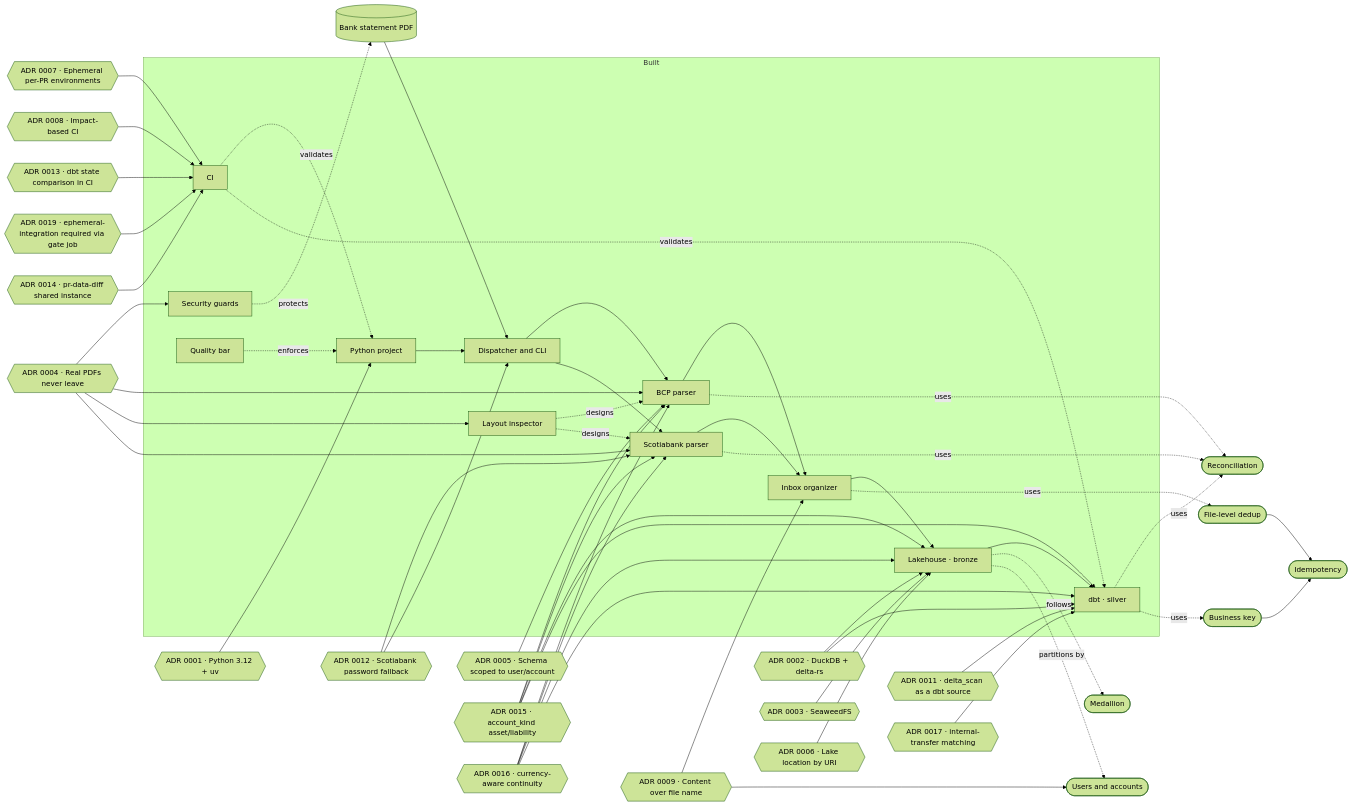
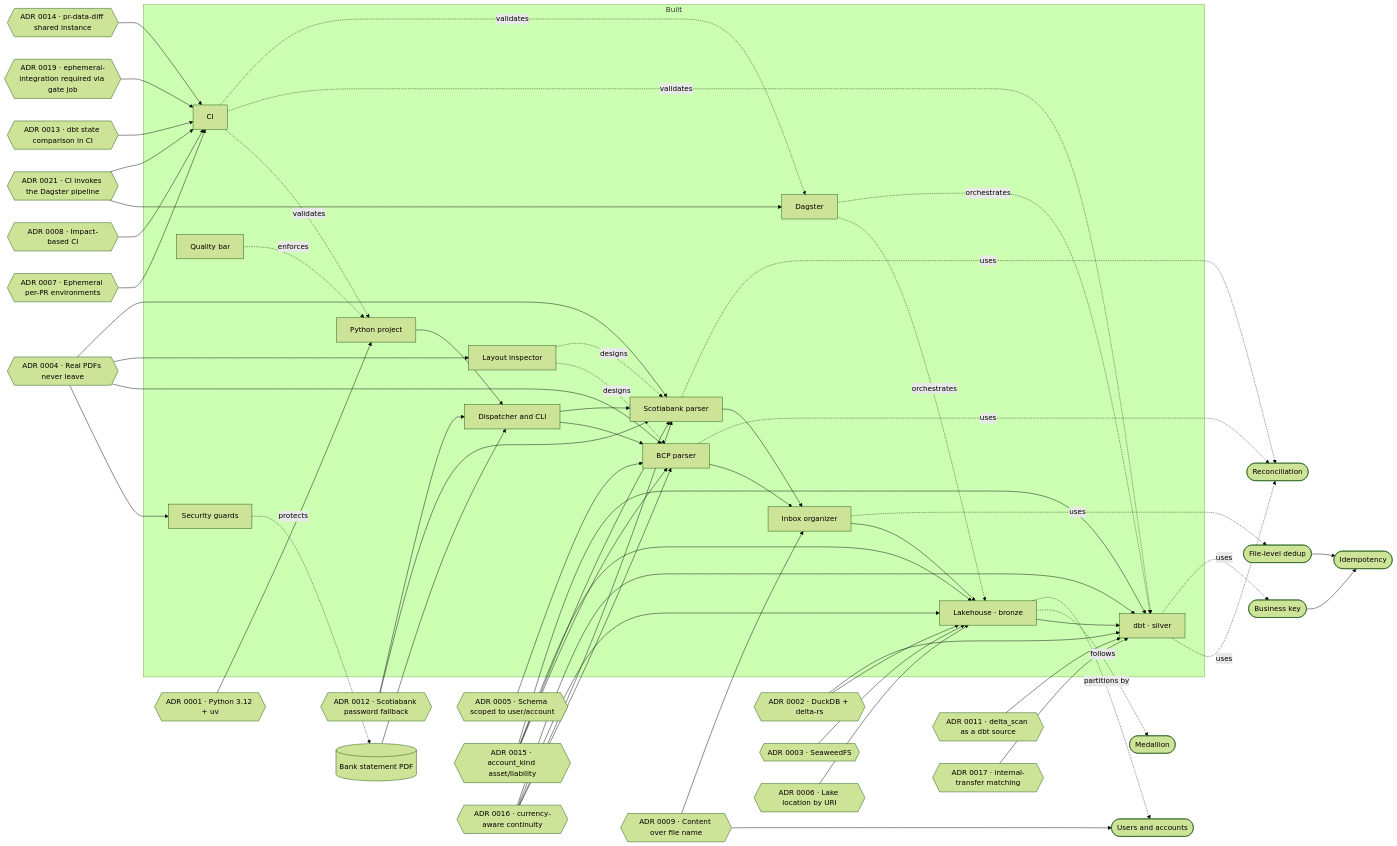
The diagram in brain/README.md (PieroRios2000/personal-finance-platform), drawn with Mermaid (forest theme) before and after one commit. The commit also changed other lines of this file and 7 other files, not shown here.

````diff
--- a/brain/README.md
+++ b/brain/README.md
@@ -12,68 +12,74 @@
 ```mermaid
 flowchart LR
     PDF[("Bank statement PDF")]
 
     subgraph built["Built"]
         GS["Security guards"]
         PY["Python project"]
         CI["CI"]
         INS["Layout inspector"]
         CAL["Quality bar"]
         CLID["Dispatcher and CLI"]
         BCP["BCP parser"]
         SCOTIA["Scotiabank parser"]
         ORG["Inbox organizer"]
         LAKE["Lakehouse · bronze"]
         DBT["dbt · silver"]
+        DAG["Dagster"]
     end
 
     PDF --> CLID --> BCP --> ORG --> LAKE --> DBT
     CLID --> SCOTIA --> ORG
+    DAG -. orchestrates .-> LAKE
+    DAG -. orchestrates .-> DBT
     PY --> CLID
     CI -. validates .-> PY
     GS -. protects .-> PDF
     INS -. designs .-> BCP
     INS -. designs .-> SCOTIA
     CAL -. enforces .-> PY
 
     BCP -. uses .-> REC(["Reconciliation"])
     SCOTIA -. uses .-> REC
     ORG -. uses .-> DED(["File-level dedup"])
     LAKE -. follows .-> MED(["Medallion"])
     LAKE -. partitions by .-> UA(["Users and accounts"])
     DBT -. uses .-> REC
     DBT -. uses .-> BK(["Business key"])
     DED --> IDE(["Idempotency"])
     BK --> IDE
 
     A1{{"ADR 0001 · Python 3.12 + uv"}} --> PY
     A2{{"ADR 0002 · DuckDB + delta-rs"}} --> LAKE
     A2 --> DBT
     A3{{"ADR 0003 · SeaweedFS"}} --> LAKE
     A4{{"ADR 0004 · Real PDFs never leave"}} --> GS
     A4 --> BCP
     A4 --> INS
     A4 --> SCOTIA
     A5{{"ADR 0005 · Schema scoped to user/account"}} --> BCP
     A6{{"ADR 0006 · Lake location by URI"}} --> LAKE
     A9{{"ADR 0009 · Content over file name"}} --> ORG
     A9 --> UA
     A11{{"ADR 0011 · delta_scan as a dbt source"}} --> DBT
     A7{{"ADR 0007 · Ephemeral per-PR environments"}} --> CI
     A8{{"ADR 0008 · Impact-based CI"}} --> CI
     A13{{"ADR 0013 · dbt state comparison in CI"}} --> CI
     A19{{"ADR 0019 · ephemeral-integration required via gate job"}} --> CI
     A14{{"ADR 0014 · pr-data-diff shared instance"}} --> CI
     CI -. validates .-> DBT
     A12{{"ADR 0012 · Scotiabank password fallback"}} --> SCOTIA
     A12 --> CLID
     A15{{"ADR 0015 · account_kind asset/liability"}} --> BCP
     A15 --> SCOTIA
     A15 --> LAKE
     A15 --> DBT
     A16{{"ADR 0016 · currency-aware continuity"}} --> BCP
     A16 --> SCOTIA
     A16 --> LAKE
     A16 --> DBT
     A17{{"ADR 0017 · internal-transfer matching"}} --> DBT
+    A21{{"ADR 0021 · CI invokes the Dagster pipeline"}} --> DAG
+    A21 --> CI
+    CI -. validates .-> DAG
 ```
````
